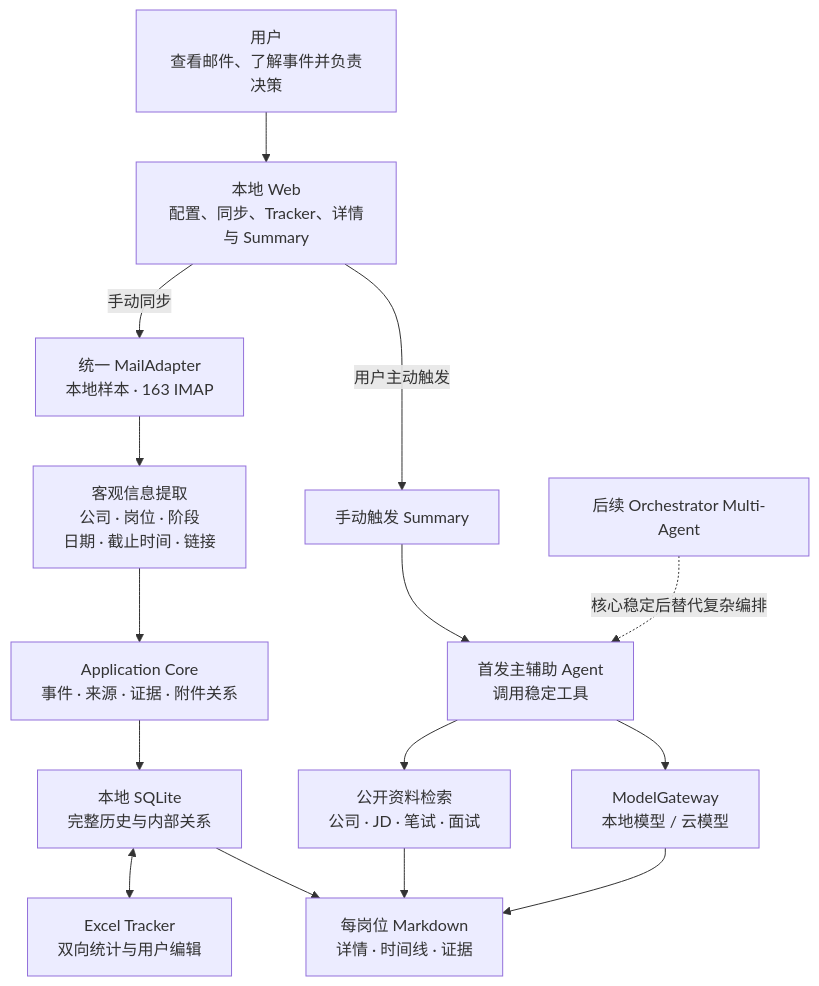
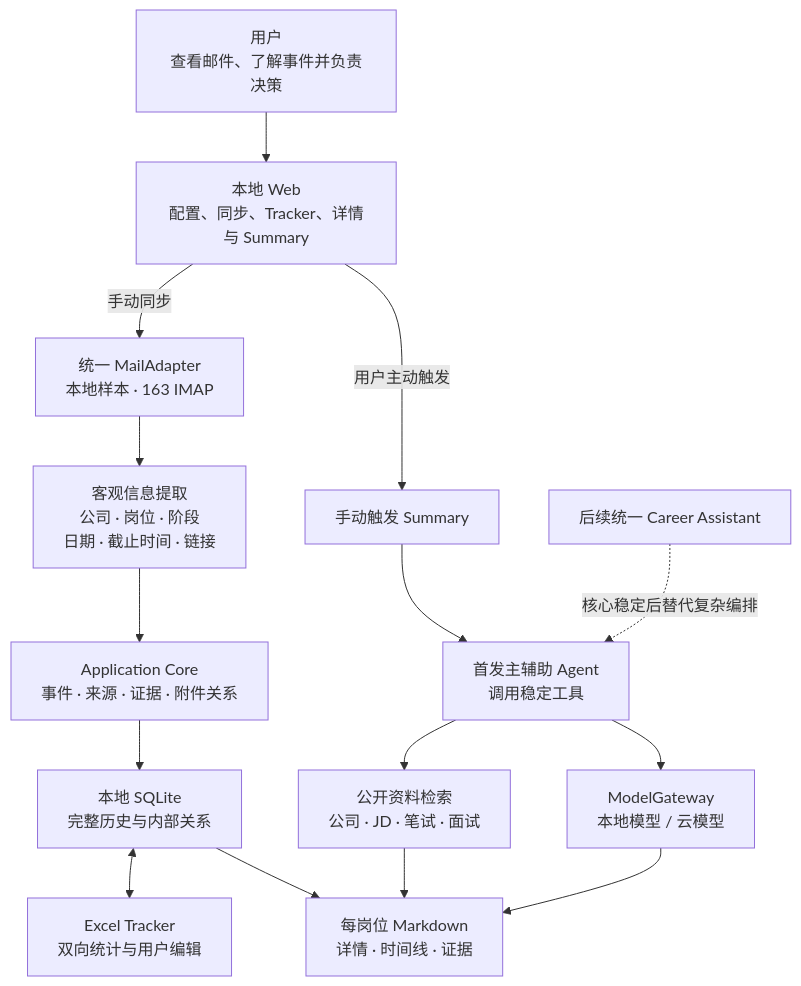
The diagram in plan/map/flow-01-overall.md (YUNJIDU/Careerpilot), drawn with Mermaid before and after one commit. The commit also changed 13 other files, not shown here.

Commit message:
Plan career intelligence and assistant stages

````diff
--- a/plan/map/flow-01-overall.md
+++ b/plan/map/flow-01-overall.md
@@ -3,31 +3,31 @@
 ```mermaid
 flowchart TD
     U["用户<br/>查看邮件、了解事件并负责决策"]
     W["本地 Web<br/>配置、同步、Tracker、详情与 Summary"]
     M["统一 MailAdapter<br/>本地样本 · 163 IMAP"]
     X["客观信息提取<br/>公司 · 岗位 · 阶段<br/>日期 · 截止时间 · 链接"]
     C["Application Core<br/>事件 · 来源 · 证据 · 附件关系"]
     D["本地 SQLite<br/>完整历史与内部关系"]
     E["Excel Tracker<br/>双向统计与用户编辑"]
     P["每岗位 Markdown<br/>详情 · 时间线 · 证据"]
     T["手动触发 Summary"]
     R["公开资料检索<br/>公司 · JD · 笔试 · 面试"]
     G["ModelGateway<br/>本地模型 / 云模型"]
     A["首发主辅助 Agent<br/>调用稳定工具"]
-    O["后续 Orchestrator Multi-Agent"]
+    O["后续统一 Career Assistant"]
 
     U --> W
     W -->|手动同步| M
     M --> X
     X --> C
     C --> D
     D <--> E
     D --> P
     W -->|用户主动触发| T
     T --> A
     A --> R
     A --> G
     R --> P
     G --> P
     O -. "核心稳定后替代复杂编排" .-> A
 ```
````
